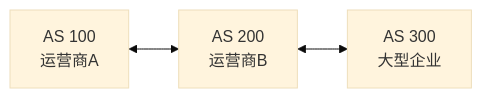
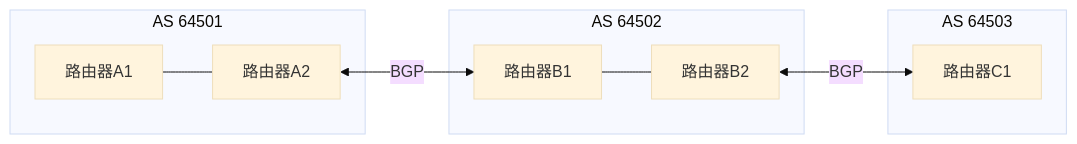
Before and after one commit to 74262195/system-architect-notes: the first of 2 diagrams in 01_综合知识/01_计算机系统基础知识/03_计算机网络/05_IP网络与路由/03_路由/自治系统与IGP-BGP.md, drawn with Mermaid (base theme). The commit also changed other lines of this file and 3 other files, not shown here.

````diff
--- a/01_综合知识/01_计算机系统基础知识/03_计算机网络/05_IP网络与路由/03_路由/自治系统与IGP-BGP.md
+++ b/01_综合知识/01_计算机系统基础知识/03_计算机网络/05_IP网络与路由/03_路由/自治系统与IGP-BGP.md
@@ -72,5 +69,14 @@
 ```mermaid
 flowchart LR
-    A[AS 100<br/>运营商A] <--> B[AS 200<br/>运营商B]
-    B <--> C[AS 300<br/>大型企业]
+    subgraph A[AS 64501]
+      A1[路由器A1] --- A2[路由器A2]
+    end
+    subgraph B[AS 64502]
+      B1[路由器B1] --- B2[路由器B2]
+    end
+    subgraph C[AS 64503]
+      C1[路由器C1]
+    end
+    A2 <-->|BGP| B1
+    B2 <-->|BGP| C1
 ```
````
